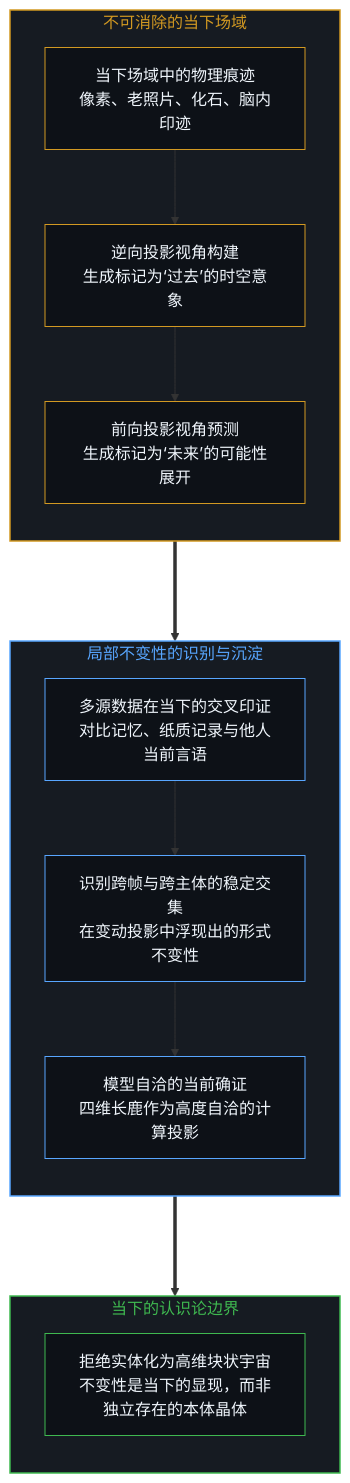
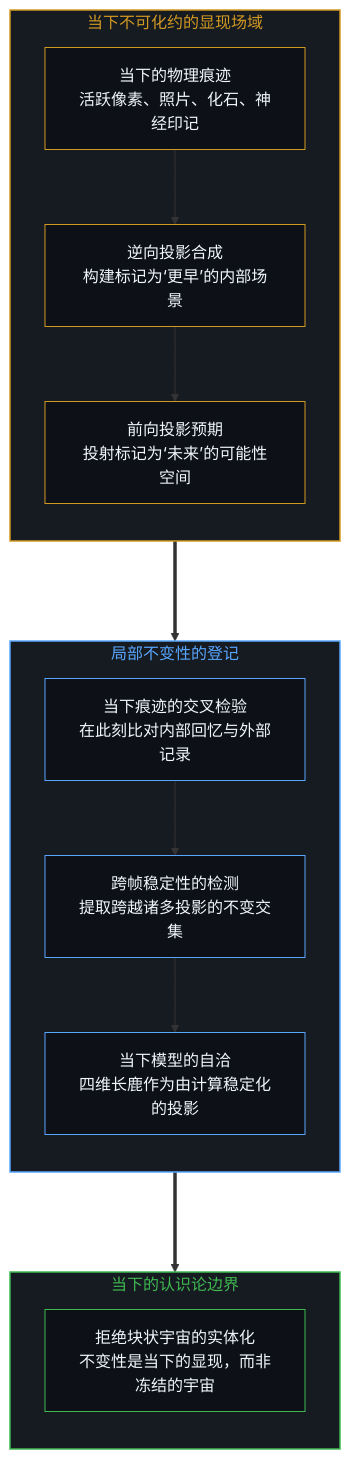
The third of 4 diagrams in content/posts/the-myth-of-the-four-dimensional-deer-and-the-present-model.md (powerpig99/not-a-toe), drawn with Mermaid before and after one commit. The commit also changed other lines of this file and 7 other files, not shown here.

````diff
--- a/content/posts/the-myth-of-the-four-dimensional-deer-and-the-present-model.md
+++ b/content/posts/the-myth-of-the-four-dimensional-deer-and-the-present-model.md
@@ -129,34 +123,29 @@
 ```mermaid
 flowchart TD
-    subgraph S_PresentField["不可消除的当下场域"]
+    subgraph S_PresentField["当下不可化约的显现场域"]
         direction TB
-        P1["当下场域中的物理痕迹<br/>像素、老照片、化石、脑内印迹"] --> P2["逆向投影视角构建<br/>生成标记为‘过去’的时空意象"]
-        P2 --> P3["前向投影视角预测<br/>生成标记为‘未来’的可能性展开"]
+        P1["当下的物理痕迹<br/>活跃像素、照片、化石、神经印记"] --> P2["逆向投影合成<br/>构建标记为‘更早’的内部场景"]
+        P2 --> P3["前向投影预期<br/>投射标记为‘未来’的可能性空间"]
     end
-
     S_PresentField ===> S_InvarianceEngine
-
-    subgraph S_InvarianceEngine["局部不变性的识别与沉淀"]
+    subgraph S_InvarianceEngine["局部不变性的登记"]
         direction TB
-        I1["多源数据在当下的交叉印证<br/>对比记忆、纸质记录与他人当前言语"] --> I2["识别跨帧与跨主体的稳定交集<br/>在变动投影中浮现出的形式不变性"]
-        I2 --> I3["模型自洽的当前确证<br/>四维长鹿作为高度自洽的计算投影"]
+        I1["当下痕迹的交叉检验<br/>在此刻比对内部回忆与外部记录"] --> I2["跨帧稳定性的检测<br/>提取跨越诸多投影的不变交集"]
+        I2 --> I3["当下模型的自洽<br/>四维长鹿作为由计算稳定化的投影"]
     end
-
     S_InvarianceEngine ===> S_GroundTruth
-
     subgraph S_GroundTruth["当下的认识论边界"]
         direction TB
-        G1["拒绝实体化为高维块状宇宙<br/>不变性是当下的显现，而非独立存在的本体晶体"]
+        G1["拒绝块状宇宙的实体化<br/>不变性是当下的显现，而非冻结的宇宙"]
     end
-
     style S_PresentField fill:#161b22,stroke:#d29922,stroke-width:1.5px,color:#d29922
     style S_InvarianceEngine fill:#161b22,stroke:#58a6ff,stroke-width:1.5px,color:#58a6ff
     style S_GroundTruth fill:#161b22,stroke:#3fb950,stroke-width:1.5px,color:#3fb950
     style P1 fill:#0d1117,stroke:#d29922,stroke-width:1px,color:#f0f6fc
     style P2 fill:#0d1117,stroke:#d29922,stroke-width:1px,color:#f0f6fc
     style P3 fill:#0d1117,stroke:#d29922,stroke-width:1px,color:#f0f6fc
     style I1 fill:#0d1117,stroke:#58a6ff,stroke-width:1px,color:#f0f6fc
     style I2 fill:#0d1117,stroke:#58a6ff,stroke-width:1px,color:#f0f6fc
     style I3 fill:#0d1117,stroke:#58a6ff,stroke-width:1px,color:#f0f6fc
     style G1 fill:#0d1117,stroke:#3fb950,stroke-width:1px,color:#f0f6fc
 ```
````
